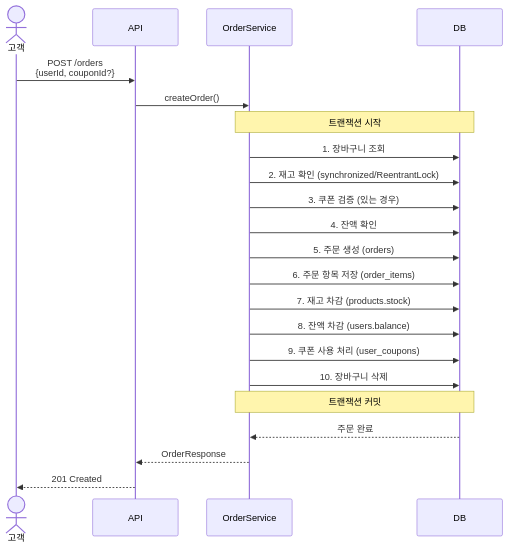
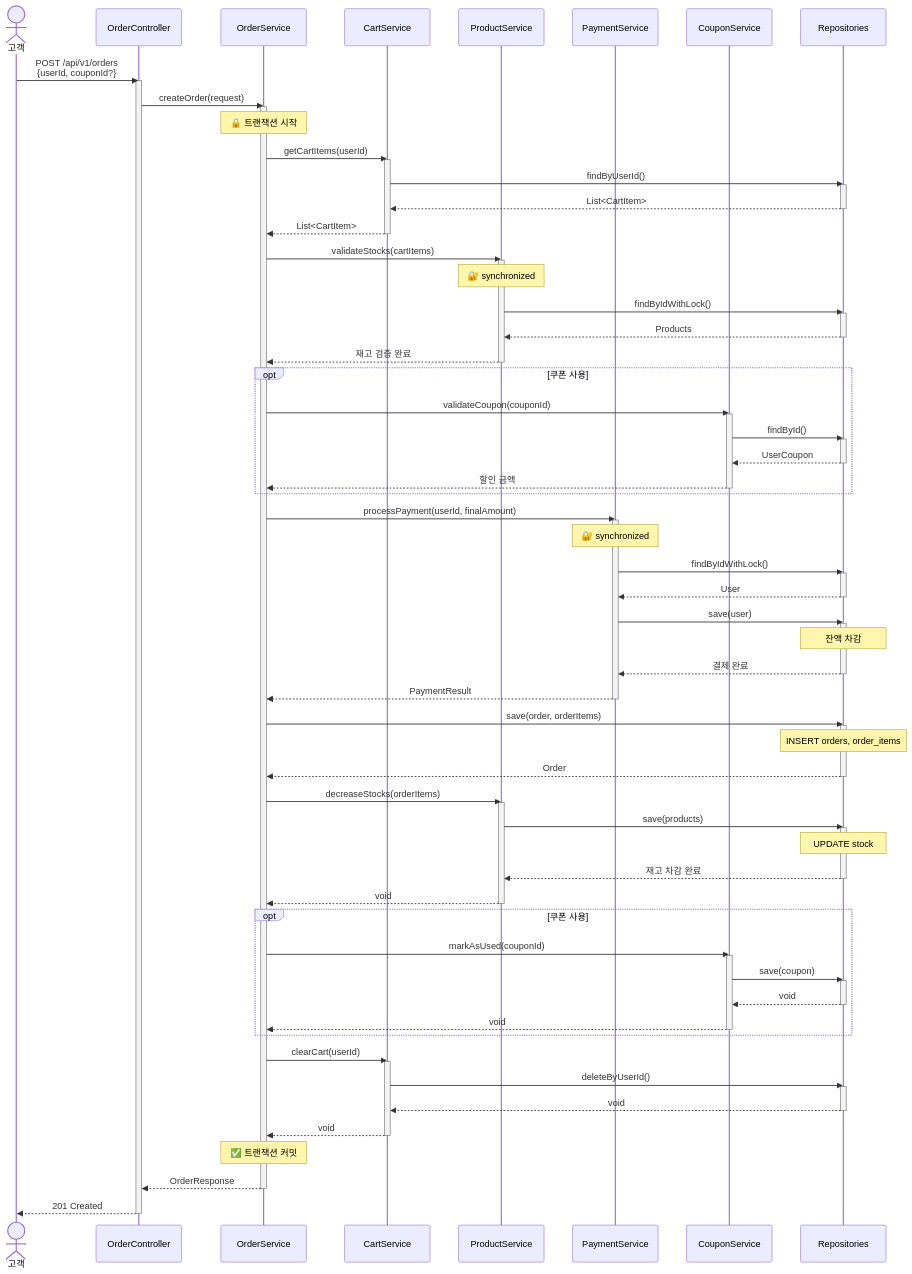
One commit to jaedeokhan/start-study changed the fifth of 8 diagrams in week2-api-design-management/api-swagger/docs/api/sequence-diagrams.md. Above: the diagram before and after it, drawn with Mermaid. The commit also changed other lines of this file, not shown here.

Commit message:
update: 주문 시퀀스 다이어그램 수정

````diff
--- a/week2-api-design-management/api-swagger/docs/api/sequence-diagrams.md
+++ b/week2-api-design-management/api-swagger/docs/api/sequence-diagrams.md
@@ -180,30 +180,116 @@
 ```mermaid
 sequenceDiagram
     actor 고객
-    participant API
+    participant Controller as OrderController
     participant OrderService
-    participant DB
+    participant CartService
+    participant ProductService
+    participant PaymentService
+    participant CouponService
+    participant Repositories as Repositories
 
-    고객->>API: POST /orders<br/>{userId, couponId?}
-    API->>OrderService: createOrder()
+    고객->>Controller: POST /api/v1/orders<br/>{userId, couponId?}
+    activate Controller
 
-    Note over OrderService,DB: 트랜잭션 시작
+    Controller->>OrderService: createOrder(request)
+    activate OrderService
 
-    OrderService->>DB: 1. 장바구니 조회
-    OrderService->>DB: 2. 재고 확인 (synchronized/ReentrantLock)
-    OrderService->>DB: 3. 쿠폰 검증 (있는 경우)
-    OrderService->>DB: 4. 잔액 확인
+    Note over OrderService: 🔒 트랜잭션 시작
 
-    OrderService->>DB: 5. 주문 생성 (orders)
-    OrderService->>DB: 6. 주문 항목 저장 (order_items)
-    OrderService->>DB: 7. 재고 차감 (products.stock)
-    OrderService->>DB: 8. 잔액 차감 (users.balance)
-    OrderService->>DB: 9. 쿠폰 사용 처리 (user_coupons)
-    OrderService->>DB: 10. 장바구니 삭제
+    %% 1. 장바구니 조회
+    OrderService->>CartService: getCartItems(userId)
+    activate CartService
+    CartService->>Repositories: findByUserId()
+    activate Repositories
+    Repositories-->>CartService: List<CartItem>
+    deactivate Repositories
+    CartService-->>OrderService: List<CartItem>
+    deactivate CartService
 
-    Note over OrderService,DB: 트랜잭션 커밋
+    %% 2. 재고 확인 (동시성 제어)
+    OrderService->>ProductService: validateStocks(cartItems)
+    activate ProductService
+    Note over ProductService: 🔐 synchronized
+    ProductService->>Repositories: findByIdWithLock()
+    activate Repositories
+    Repositories-->>ProductService: Products
+    deactivate Repositories
+    ProductService-->>OrderService: 재고 검증 완료
+    deactivate ProductService
 
-    DB-->>OrderService: 주문 완료
-    OrderService-->>API: OrderResponse
-    API-->>고객: 201 Created
+    %% 3. 쿠폰 적용 (선택)
+    opt 쿠폰 사용
+        OrderService->>CouponService: validateCoupon(couponId)
+        activate CouponService
+        CouponService->>Repositories: findById()
+        activate Repositories
+        Repositories-->>CouponService: UserCoupon
+        deactivate Repositories
+        CouponService-->>OrderService: 할인 금액
+        deactivate CouponService
+    end
+
+    %% 4. 결제 처리 (동시성 제어)
+    OrderService->>PaymentService: processPayment(userId, finalAmount)
+    activate PaymentService
+    Note over PaymentService: 🔐 synchronized
+    PaymentService->>Repositories: findByIdWithLock()
+    activate Repositories
+    Repositories-->>PaymentService: User
+    deactivate Repositories
+    PaymentService->>Repositories: save(user)
+    activate Repositories
+    Note over Repositories: 잔액 차감
+    Repositories-->>PaymentService: 결제 완료
+    deactivate Repositories
+    PaymentService-->>OrderService: PaymentResult
+    deactivate PaymentService
+
+    %% 5. 주문 저장
+    OrderService->>Repositories: save(order, orderItems)
+    activate Repositories
+    Note over Repositories: INSERT orders, order_items
+    Repositories-->>OrderService: Order
+    deactivate Repositories
+
+    %% 6. 재고 차감
+    OrderService->>ProductService: decreaseStocks(orderItems)
+    activate ProductService
+    ProductService->>Repositories: save(products)
+    activate Repositories
+    Note over Repositories: UPDATE stock
+    Repositories-->>ProductService: 재고 차감 완료
+    deactivate Repositories
+    ProductService-->>OrderService: void
+    deactivate ProductService
+
+    %% 7. 쿠폰 사용 처리
+    opt 쿠폰 사용
+        OrderService->>CouponService: markAsUsed(couponId)
+        activate CouponService
+        CouponService->>Repositories: save(coupon)
+        activate Repositories
+        Repositories-->>CouponService: void
+        deactivate Repositories
+        CouponService-->>OrderService: void
+        deactivate CouponService
+    end
+
+    %% 8. 장바구니 비우기
+    OrderService->>CartService: clearCart(userId)
+    activate CartService
+    CartService->>Repositories: deleteByUserId()
+    activate Repositories
+    Repositories-->>CartService: void
+    deactivate Repositories
+    CartService-->>OrderService: void
+    deactivate CartService
+
+    Note over OrderService: ✅ 트랜잭션 커밋
+
+    OrderService-->>Controller: OrderResponse
+    deactivate OrderService
+
+    Controller-->>고객: 201 Created
+    deactivate Controller
 ```
````
